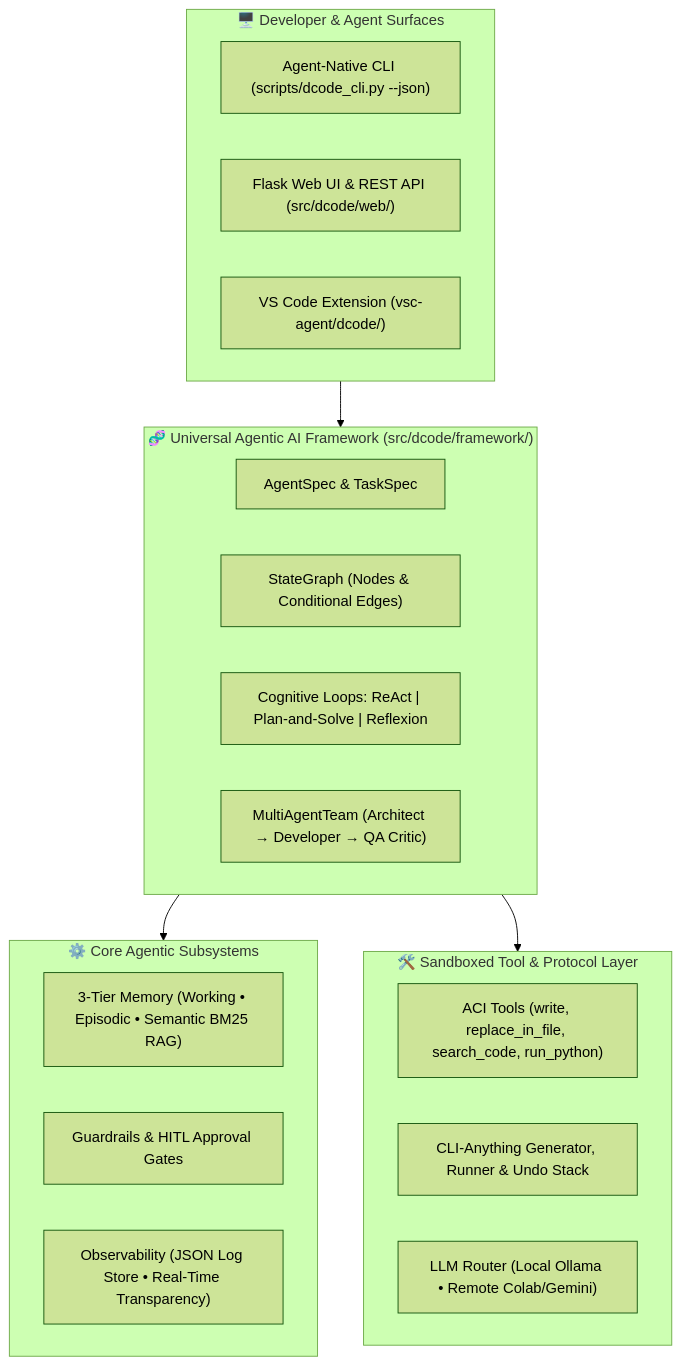
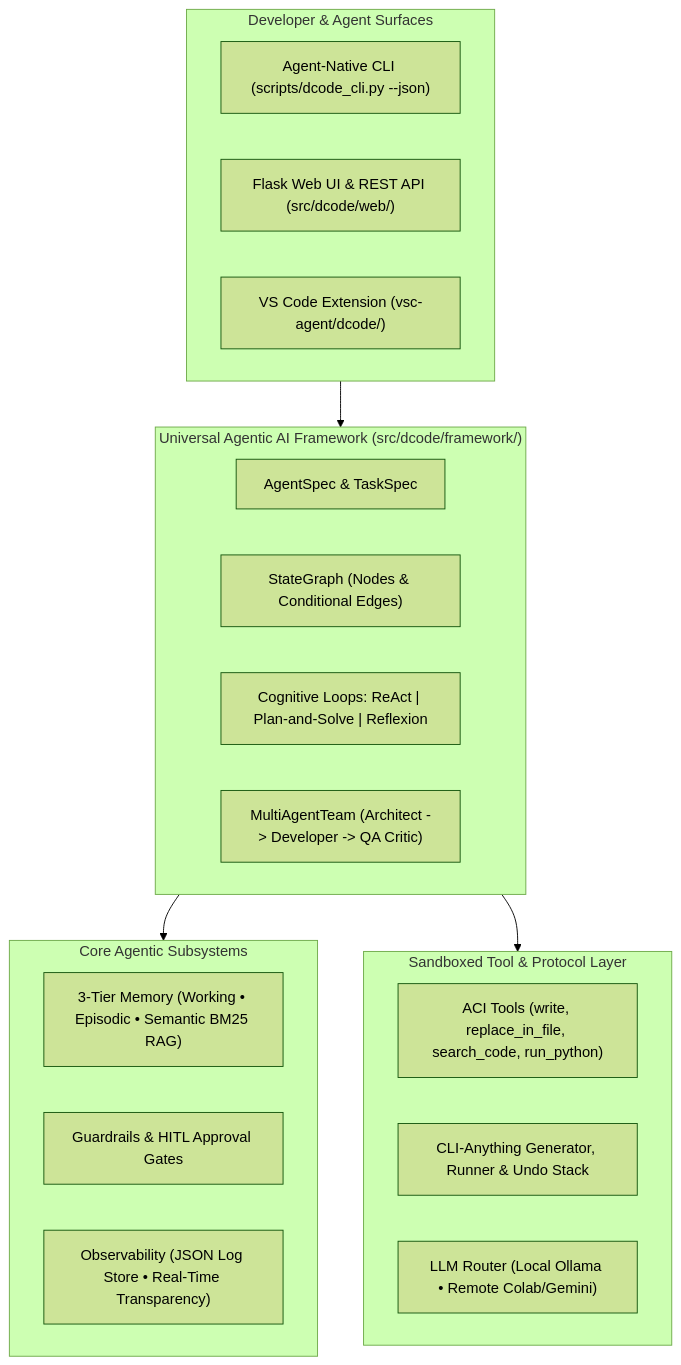
Before and after one commit to dr-week/Agent-DCODE: the diagram in README.md, drawn with Mermaid (forest theme). The commit also changed other lines of this file and 1 other file, not shown here.

````diff
--- a/README.md
+++ b/README.md
@@ -56,31 +56,31 @@
 ```mermaid
 flowchart TB
-    subgraph Surfaces ["🖥️ Developer & Agent Surfaces"]
+    subgraph Surfaces ["Developer & Agent Surfaces"]
         CLI["Agent-Native CLI (scripts/dcode_cli.py --json)"]
         Web["Flask Web UI & REST API (src/dcode/web/)"]
         VSC["VS Code Extension (vsc-agent/dcode/)"]
     end
 
-    subgraph Framework ["🧬 Universal Agentic AI Framework (src/dcode/framework/)"]
+    subgraph Framework ["Universal Agentic AI Framework (src/dcode/framework/)"]
         Spec["AgentSpec & TaskSpec"]
         Graph["StateGraph (Nodes & Conditional Edges)"]
         Loops["Cognitive Loops: ReAct | Plan-and-Solve | Reflexion"]
-        Swarm["MultiAgentTeam (Architect → Developer → QA Critic)"]
+        Swarm["MultiAgentTeam (Architect -> Developer -> QA Critic)"]
     end
 
-    subgraph Subsystems ["⚙️ Core Agentic Subsystems"]
+    subgraph Subsystems ["Core Agentic Subsystems"]
         Mem["3-Tier Memory (Working • Episodic • Semantic BM25 RAG)"]
         Guard["Guardrails & HITL Approval Gates"]
         Obs["Observability (JSON Log Store • Real-Time Transparency)"]
     end
 
-    subgraph Execution ["🛠️ Sandboxed Tool & Protocol Layer"]
+    subgraph Execution ["Sandboxed Tool & Protocol Layer"]
         Tools["ACI Tools (write, replace_in_file, search_code, run_python)"]
         CLIAny["CLI-Anything Generator, Runner & Undo Stack"]
         LLM["LLM Router (Local Ollama • Remote Colab/Gemini)"]
     end
 
     Surfaces --> Framework
     Framework --> Subsystems
     Framework --> Execution
 ```
````
